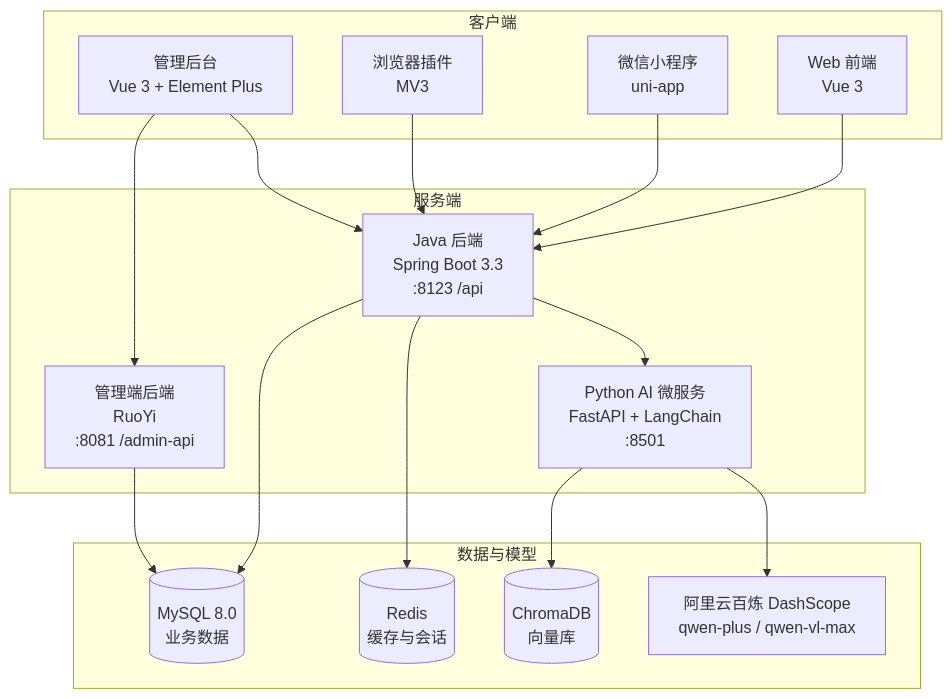
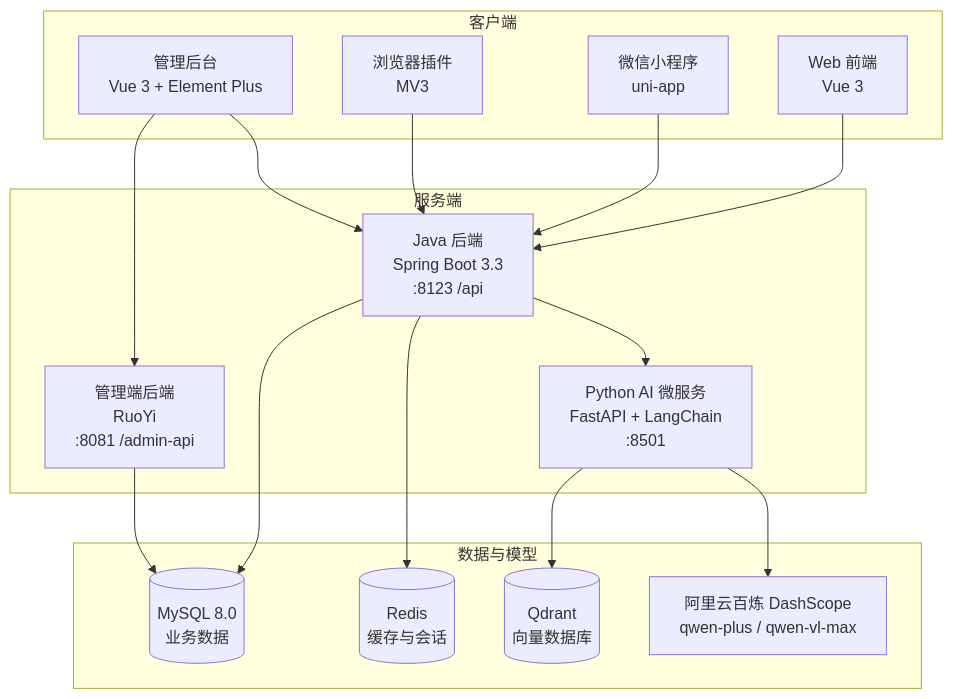
One commit to loseintwilight/Anti-FraudAgent changed the diagram in README.md. Above: the diagram before and after it, drawn with Mermaid.

Commit message:
docs: 更新系统架构图

````diff
--- a/README.md
+++ b/README.md
@@ -106,34 +106,34 @@
 ```mermaid
 graph TB
     subgraph 客户端
         A1[Web 前端<br/>Vue 3]
         A2[微信小程序<br/>uni-app]
         A3[浏览器插件<br/>MV3]
         A4[管理后台<br/>Vue 3 + Element Plus]
     end
 
     subgraph 服务端
         B1[Java 后端<br/>Spring Boot 3.3<br/>:8123 /api]
         B2[管理端后端<br/>RuoYi<br/>:8081 /admin-api]
         B3[Python AI 微服务<br/>FastAPI + LangChain<br/>:8501]
     end
 
     subgraph 数据与模型
         C1[(MySQL 8.0<br/>业务数据)]
         C2[(Redis<br/>缓存与会话)]
-        C3[(ChromaDB<br/>向量库)]
+        C3[(Qdrant<br/>向量数据库)]
         C4[阿里云百炼 DashScope<br/>qwen-plus / qwen-vl-max]
     end
 
     A1 --> B1
     A2 --> B1
     A3 --> B1
     A4 --> B2
     A4 --> B1
     B1 --> B3
     B3 --> C4
     B3 --> C3
     B1 --> C1
     B1 --> C2
     B2 --> C1
 ```
````
